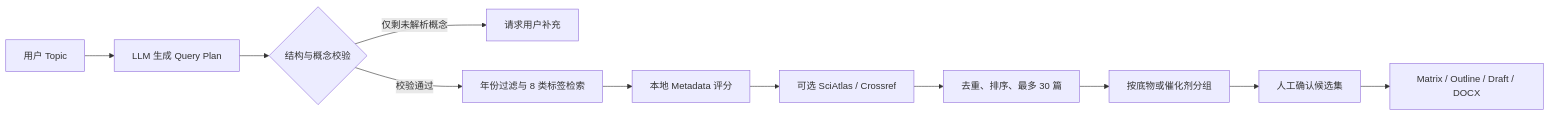
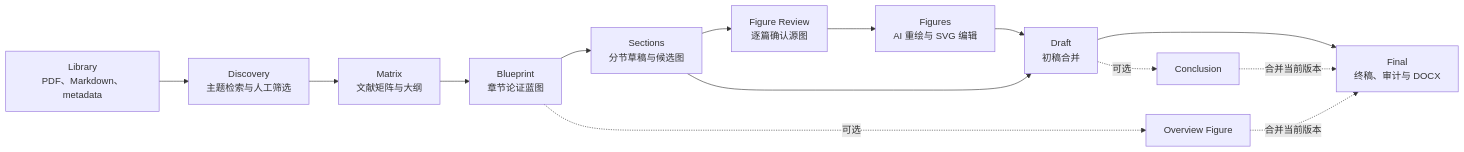
Before and after one commit to XuehaiWang/review-writer: the diagram in README.md, drawn with Mermaid. The commit also changed other lines of this file, not shown here.

Commit message:
Rewrite README for current workflow architecture

````diff
--- a/README.md
+++ b/README.md
@@ -11,13 +15,16 @@
 ```mermaid
 flowchart LR
-    A[用户 Topic] --> B[LLM 生成 Query Plan]
-    B --> C{结构与概念校验}
-    C -->|仅剩未解析概念| D[请求用户补充]
-    C -->|校验通过| E[年份过滤与 8 类标签检索]
-    E --> F[本地 Metadata 评分]
-    F --> G[可选 SciAtlas / Crossref]
-    G --> H[去重、排序、最多 30 篇]
-    H --> I[按底物或催化剂分组]
-    I --> J[人工确认候选集]
-    J --> K[Matrix / Outline / Draft / DOCX]
+    A["Library<br/>PDF、Markdown、metadata"] --> B["Discovery<br/>主题检索与人工筛选"]
+    B --> C["Matrix<br/>文献矩阵与大纲"]
+    C --> D["Blueprint<br/>章节论证蓝图"]
+    D --> E["Sections<br/>分节草稿与候选图"]
+    E --> F["Figure Review<br/>逐篇确认源图"]
+    F --> G["Figures<br/>AI 重绘与 SVG 编辑"]
+    E --> H["Draft<br/>初稿合并"]
+    G --> H
+    H --> I["Final<br/>终稿、审计与 DOCX"]
+    D -. 可选 .-> J["Overview Figure"]
+    H -. 可选 .-> K["Conclusion"]
+    J -. 合并当前版本 .-> I
+    K -. 合并当前版本 .-> I
 ```
````
